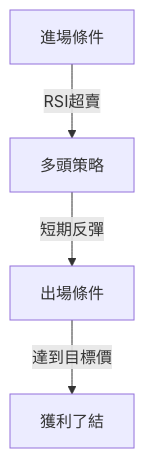
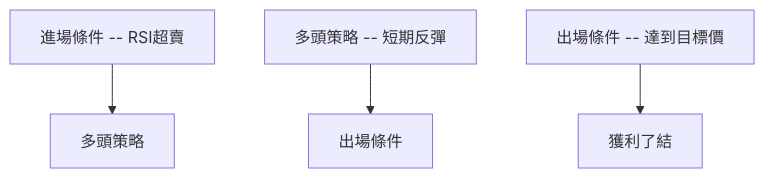
One commit to yennanliu/finance_data changed the ninth of 10 diagrams in ai_gen_report/stock/avav/technical_analysis_2026-05-12_openai.md. Above: the diagram before and after it, drawn with Mermaid. The commit also changed other lines of this file and 2258 other files, not shown here.

First line of the commit message:
chore: backfill Mermaid syntax repair across existing reports

````diff
--- a/ai_gen_report/stock/avav/technical_analysis_2026-05-12_openai.md
+++ b/ai_gen_report/stock/avav/technical_analysis_2026-05-12_openai.md
@@ -340,6 +340,6 @@
 ```mermaid
 graph TD
-    進場條件 -- RSI超賣 --> 多頭策略
-    多頭策略 -- 短期反彈 --> 出場條件
-    出場條件 -- 達到目標價 --> 獲利了結
+    nb1["進場條件 -- RSI超賣"] --> 多頭策略
+    nb2["多頭策略 -- 短期反彈"] --> 出場條件
+    nb3["出場條件 -- 達到目標價"] --> 獲利了結
 ```
````
